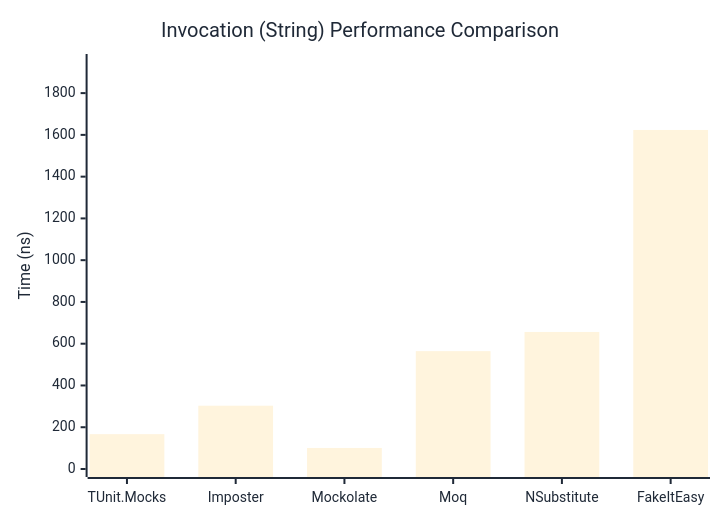
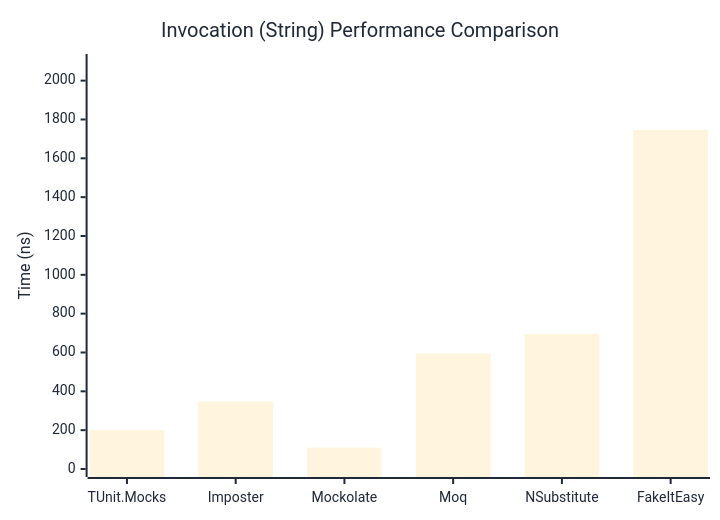
The second of 3 diagrams in docs/docs/benchmarks/mocks/Invocation.md (thomhurst/TUnit), drawn with Mermaid before and after one commit. The commit also changed other lines of this file and 14 other files, not shown here.

````diff
--- a/docs/docs/benchmarks/mocks/Invocation.md
+++ b/docs/docs/benchmarks/mocks/Invocation.md
@@ -71,27 +71,27 @@
 ```mermaid
 %%{init: {
   'theme':'base',
   'themeVariables': {
     'primaryColor': '#2563eb',
     'primaryTextColor': '#1f2937',
     'primaryBorderColor': '#1e40af',
     'lineColor': '#6b7280',
     'secondaryColor': '#7c3aed',
     'tertiaryColor': '#dc2626',
     'background': '#ffffff',
     'pie1': '#2563eb',
     'pie2': '#7c3aed',
     'pie3': '#dc2626',
     'pie4': '#f59e0b',
     'pie5': '#10b981',
     'pie6': '#06b6d4',
     'pie7': '#ec4899',
     'pie8': '#6366f1'
   }
 }}%%
 xychart-beta
   title "Invocation (String) Performance Comparison"
   x-axis ["TUnit.Mocks", "Imposter", "Mockolate", "Moq", "NSubstitute", "FakeItEasy"]
-  y-axis "Time (ns)" 0 --> 1949
-  bar [166.9, 303.1, 100.8, 564.4, 656.3, 1623.5]
+  y-axis "Time (ns)" 0 --> 2096
+  bar [200.9, 347.6, 109.9, 594.2, 695.6, 1746.2]
 ```
````
